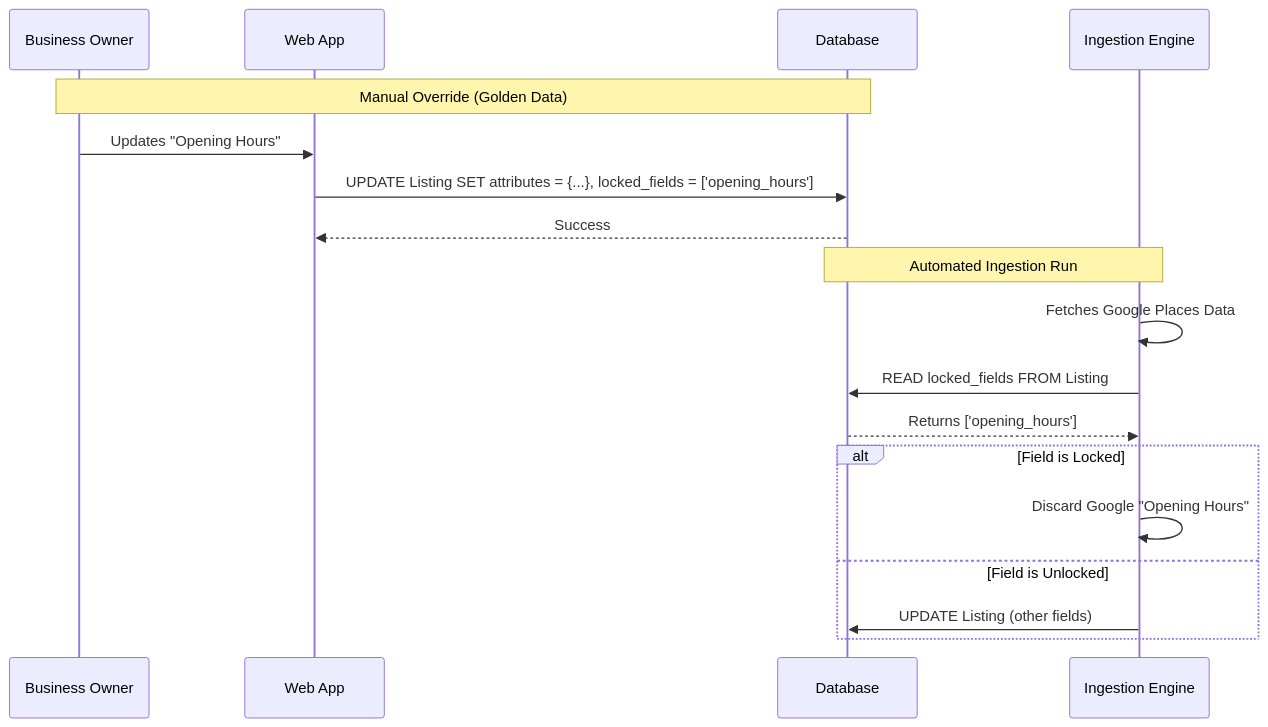
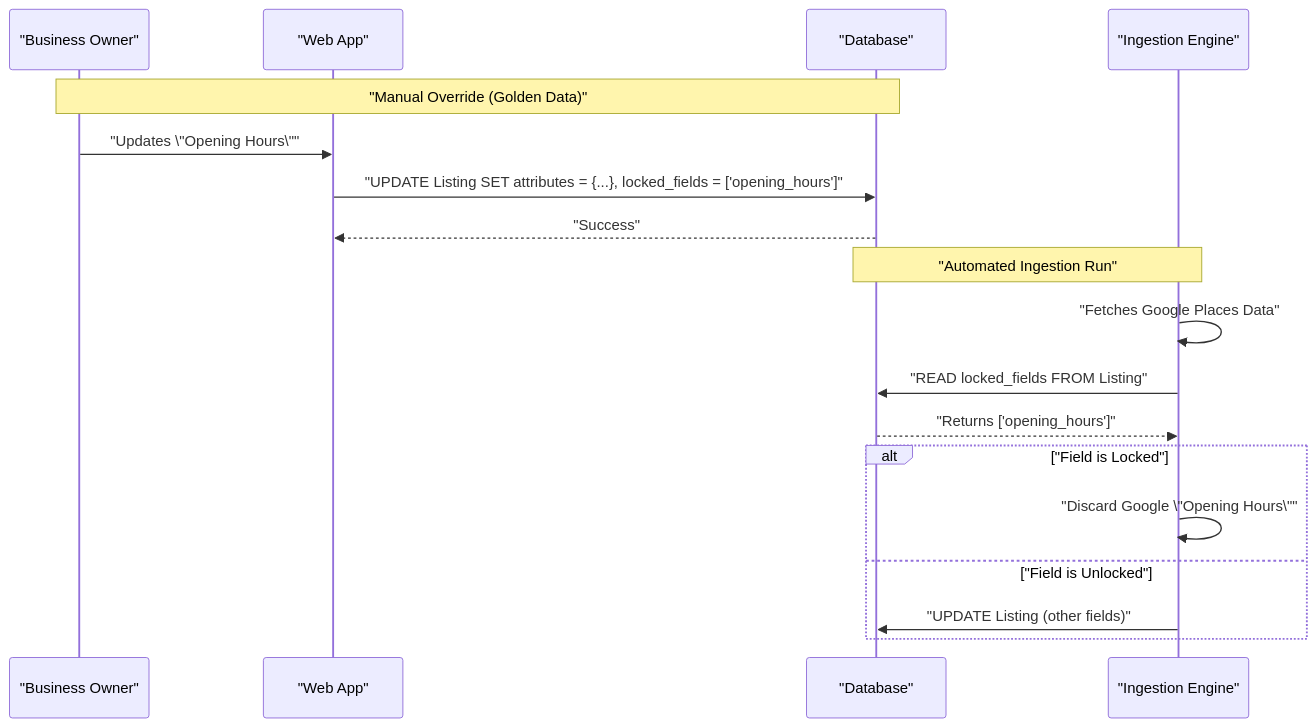
The third of 3 diagrams in ARCHITECTURE.md (LarjGit/edinburgh-finds), drawn with Mermaid before and after one commit. The commit also changed other lines of this file and 8 other files, not shown here.

Commit message:
docs: update mermaid standards and C4 diagrams

````diff
--- a/ARCHITECTURE.md
+++ b/ARCHITECTURE.md
@@ -227,23 +235,23 @@
 ```mermaid
 sequenceDiagram
-    participant Owner as Business Owner
-    participant Web as Web App
-    participant DB as Database
-    participant Engine as Ingestion Engine
+    participant Owner as "Business Owner"
+    participant Web as "Web App"
+    participant DB as "Database"
+    participant Engine as "Ingestion Engine"
 
-    Note over Owner, DB: Manual Override (Golden Data)
-    Owner->>Web: Updates "Opening Hours"
-    Web->>DB: UPDATE Listing SET attributes = {...}, locked_fields = ['opening_hours']
-    DB-->>Web: Success
+    Note over Owner, DB: "Manual Override (Golden Data)"
+    Owner->>Web: "Updates \"Opening Hours\""
+    Web->>DB: "UPDATE Listing SET attributes = {...}, locked_fields = ['opening_hours']"
+    DB-->>Web: "Success"
 
-    Note over Engine, DB: Automated Ingestion Run
-    Engine->>Engine: Fetches Google Places Data
-    Engine->>DB: READ locked_fields FROM Listing
-    DB-->>Engine: Returns ['opening_hours']
+    Note over Engine, DB: "Automated Ingestion Run"
+    Engine->>Engine: "Fetches Google Places Data"
+    Engine->>DB: "READ locked_fields FROM Listing"
+    DB-->>Engine: "Returns ['opening_hours']"
     
-    alt Field is Locked
-        Engine->>Engine: Discard Google "Opening Hours"
-    else Field is Unlocked
-        Engine->>DB: UPDATE Listing (other fields)
+    alt "Field is Locked"
+        Engine->>Engine: "Discard Google \"Opening Hours\""
+    else "Field is Unlocked"
+        Engine->>DB: "UPDATE Listing (other fields)"
     end
 ```
````
